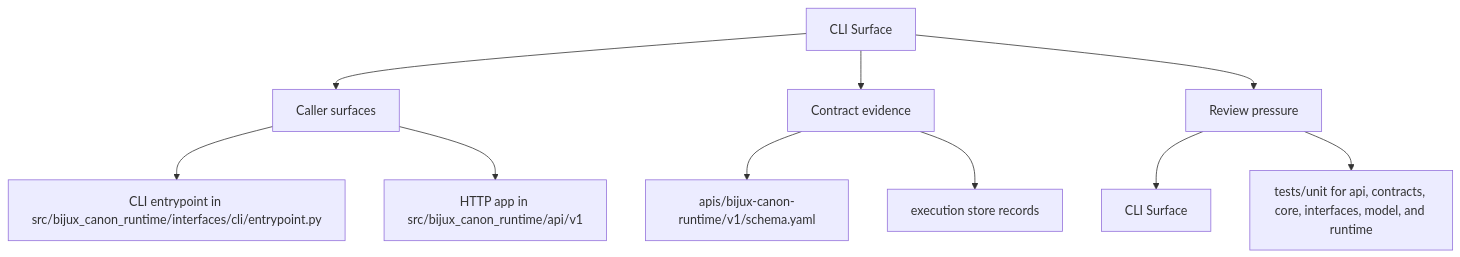
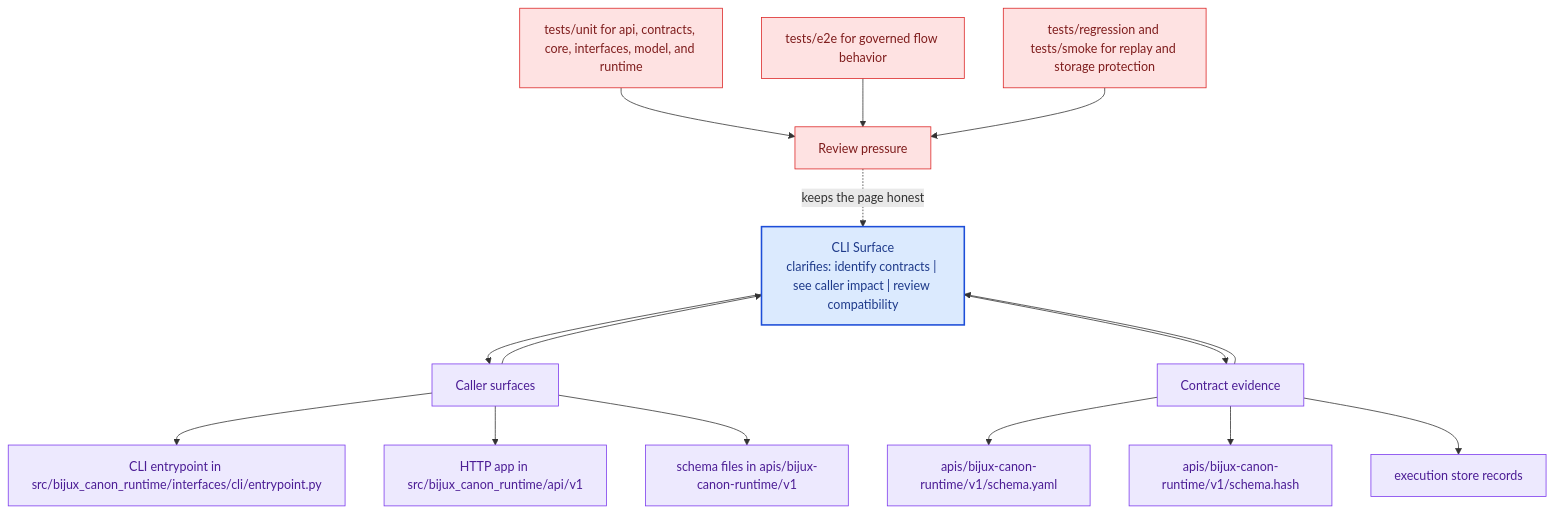
Before and after one commit to bijux/bijux-canon: the second of 2 diagrams in docs/bijux-canon-runtime/interfaces/cli-surface.md, drawn with Mermaid. The commit also changed other lines of this file and 281 other files, not shown here.

Commit message:
docs(diagrams): deepen handbook mermaid maps across the catalog

````diff
--- a/docs/bijux-canon-runtime/interfaces/cli-surface.md
+++ b/docs/bijux-canon-runtime/interfaces/cli-surface.md
@@ -36,22 +69,41 @@
 ```mermaid
-flowchart TD
-    page["CLI Surface"]
+flowchart TB
+    promise["CLI Surface<br/>clarifies: identify contracts | see caller impact | review compatibility"]
+    classDef promise fill:#dbeafe,stroke:#1d4ed8,color:#1e3a8a,stroke-width:2px;
+    classDef driver fill:#dcfce7,stroke:#16a34a,color:#14532d;
+    classDef constraint fill:#fee2e2,stroke:#dc2626,color:#7f1d1d;
+    classDef ground fill:#ede9fe,stroke:#7c3aed,color:#4c1d95;
     focus1["Caller surfaces"]
-    page --> focus1
+    focus1 --> promise
+    promise --> focus1
     focus1_1["CLI entrypoint in src/bijux_canon_runtime/interfaces/cli/entrypoint.py"]
     focus1 --> focus1_1
     focus1_2["HTTP app in src/bijux_canon_runtime/api/v1"]
     focus1 --> focus1_2
+    focus1_3["schema files in apis/bijux-canon-runtime/v1"]
+    focus1 --> focus1_3
+    class focus1 ground;
+    class focus1_1,focus1_2,focus1_3 ground;
     focus2["Contract evidence"]
-    page --> focus2
+    focus2 --> promise
+    promise --> focus2
     focus2_1["apis/bijux-canon-runtime/v1/schema.yaml"]
     focus2 --> focus2_1
-    focus2_2["execution store records"]
+    focus2_2["apis/bijux-canon-runtime/v1/schema.hash"]
     focus2 --> focus2_2
+    focus2_3["execution store records"]
+    focus2 --> focus2_3
+    class focus2 ground;
+    class focus2_1,focus2_2,focus2_3 ground;
     focus3["Review pressure"]
-    page --> focus3
-    focus3_1["CLI Surface"]
-    focus3 --> focus3_1
-    focus3_2["tests/unit for api, contracts, core, interfaces, model, and runtime"]
-    focus3 --> focus3_2
+    focus3 -.keeps the page honest.-> promise
+    focus3_1["tests/unit for api, contracts, core, interfaces, model, and runtime"]
+    focus3_1 --> focus3
+    focus3_2["tests/e2e for governed flow behavior"]
+    focus3_2 --> focus3
+    focus3_3["tests/regression and tests/smoke for replay and storage protection"]
+    focus3_3 --> focus3
+    class focus3 constraint;
+    class focus3_1,focus3_2,focus3_3 constraint;
+    class promise promise;
 ```
````
